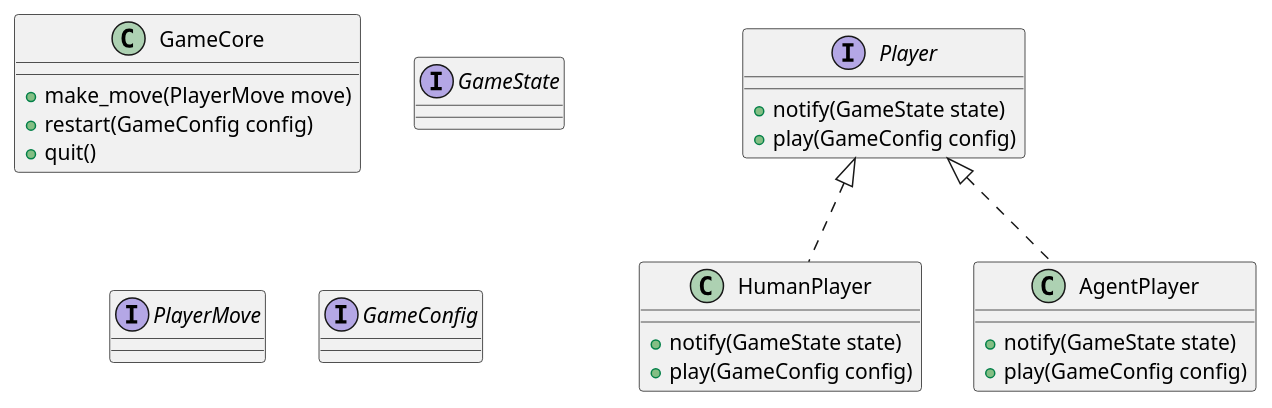
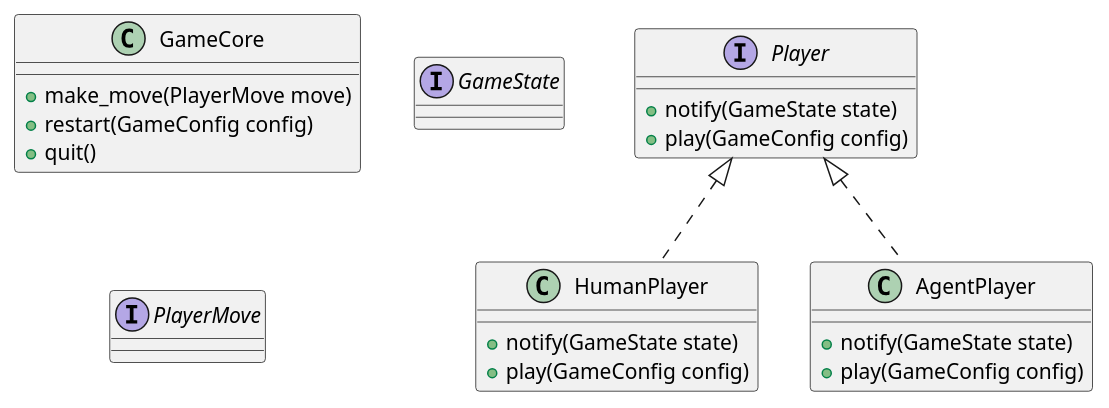
One commit to lzajka/gra-RL changed the diagram in docs/source_code/index.rst. Above: the diagram before and after it, drawn with PlantUML. The commit also changed other lines of this file, not shown here.

Commit message:
Usunięto interfejs GameConfig ponieważ nie konieczne jest tworzenie klasy rodzica dla klas zawierających jedynie zmienne

```diff
--- a/docs/source_code/index.rst
+++ b/docs/source_code/index.rst
@@ -20,33 +20,29 @@
 .. uml::
 
     class GameCore {
     + make_move(PlayerMove move)
     + restart(GameConfig config)
     + quit()
     }
 
     interface Player {
     + notify(GameState state)
     + play(GameConfig config)
     }
 
     class HumanPlayer implements Player {
     + notify(GameState state)
     + play(GameConfig config)
     }
 
     class AgentPlayer implements Player {
     + notify(GameState state)
     + play(GameConfig config)
     }
 
     interface GameState {
 
     }
 
     interface PlayerMove {
     }
-
-    interface GameConfig {
-
-    }
```
